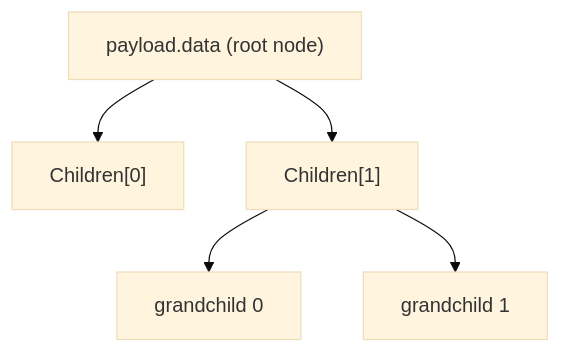
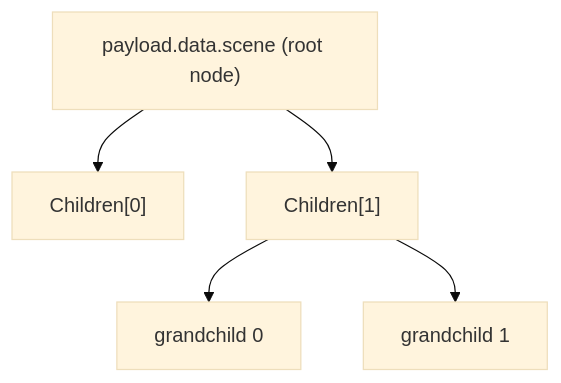
Before and after one commit to MetaversalCorp/Sneeze: the diagram in docs/guides/authoring-static-scenes.md, drawn with Mermaid (base theme). The commit also changed other lines of this file and 62 other files, not shown here.

````diff
--- a/docs/guides/authoring-static-scenes.md
+++ b/docs/guides/authoring-static-scenes.md
@@ -31,7 +31,7 @@
 ```mermaid
 flowchart TD
-  Payload["payload.data (root node)"] --> C1["Children[0]"]
+  Payload["payload.data.scene (root node)"] --> C1["Children[0]"]
   Payload --> C2["Children[1]"]
   C2 --> G1["grandchild 0"]
   C2 --> G2["grandchild 1"]
 ```
````
